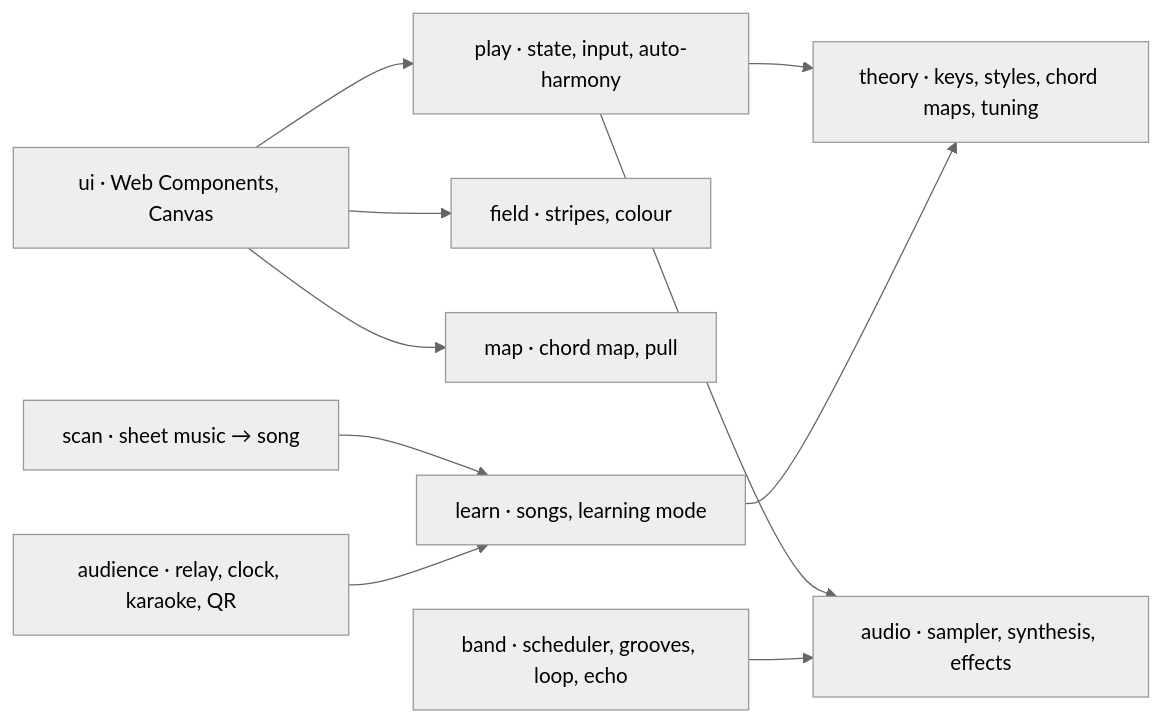
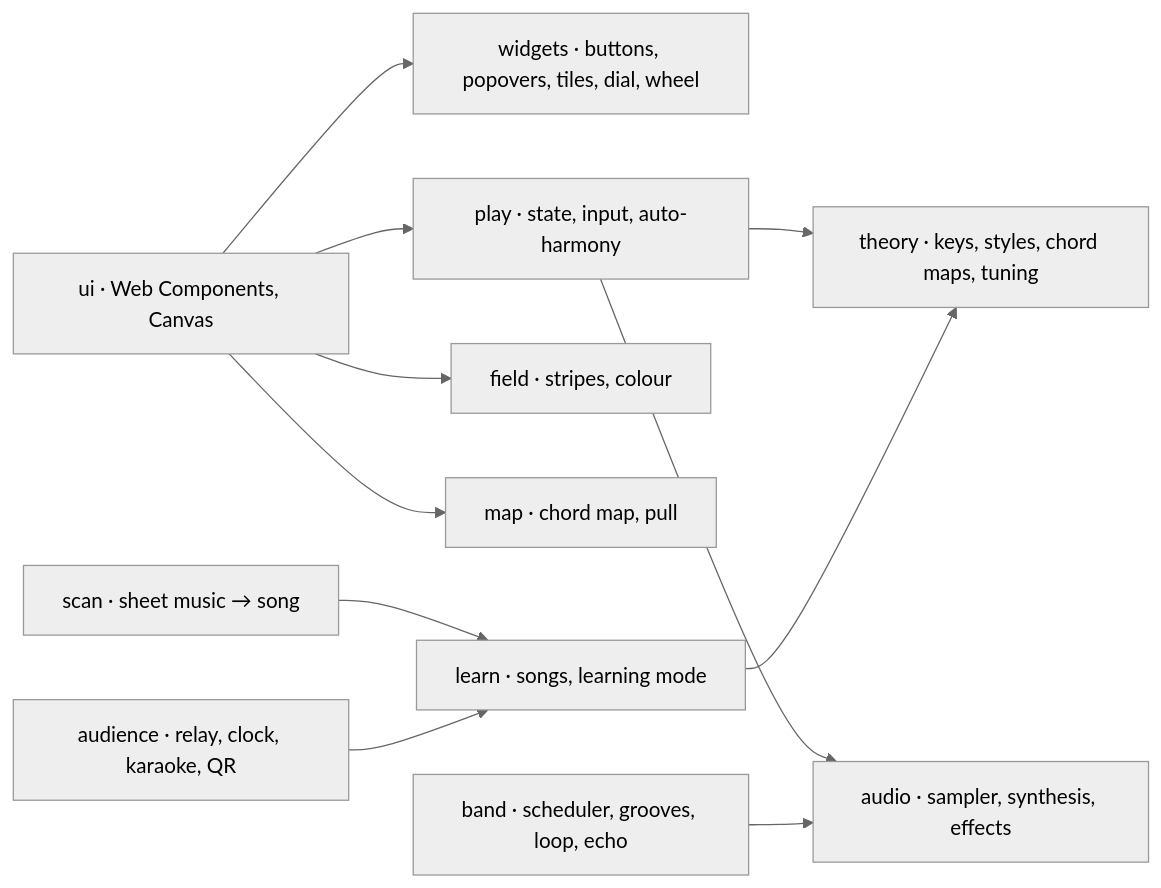
The diagram in README.md (bartfastiel/wumble), drawn with Mermaid (neutral theme) before and after one commit. The commit also changed other lines of this file and 61 other files, not shown here.

````diff
--- a/README.md
+++ b/README.md
@@ -81,12 +88,13 @@
 ```mermaid
 flowchart LR
-  ui[ui · Web Components, Canvas] --> play[play · state, input, auto-harmony]
+  ui[ui · Web Components, Canvas] --> widgets[widgets · buttons, popovers, tiles, dial, wheel]
+  ui --> play[play · state, input, auto-harmony]
   ui --> field[field · stripes, colour]
   ui --> map[map · chord map, pull]
   play --> theory[theory · keys, styles, chord maps, tuning]
   play --> audio[audio · sampler, synthesis, effects]
   band[band · scheduler, grooves, loop, echo] --> audio
   learn[learn · songs, learning mode] --> theory
   scan[scan · sheet music → song] --> learn
   audience[audience · relay, clock, karaoke, QR] --> learn
 ```
````
